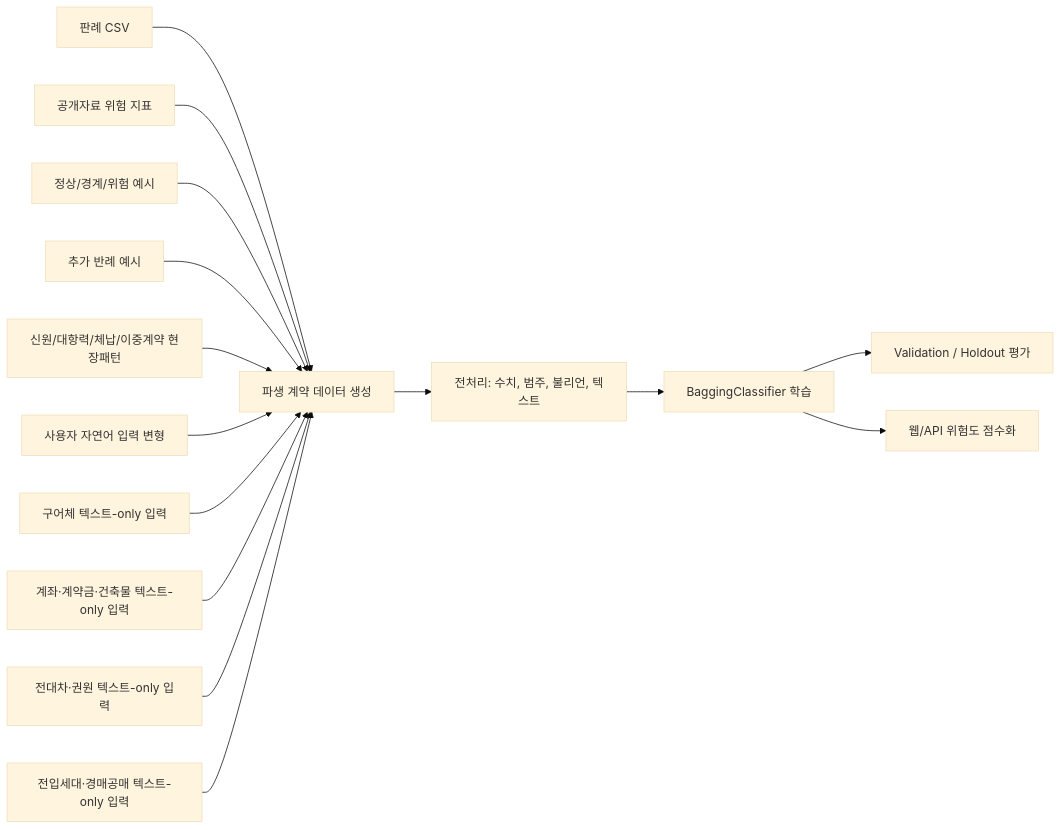
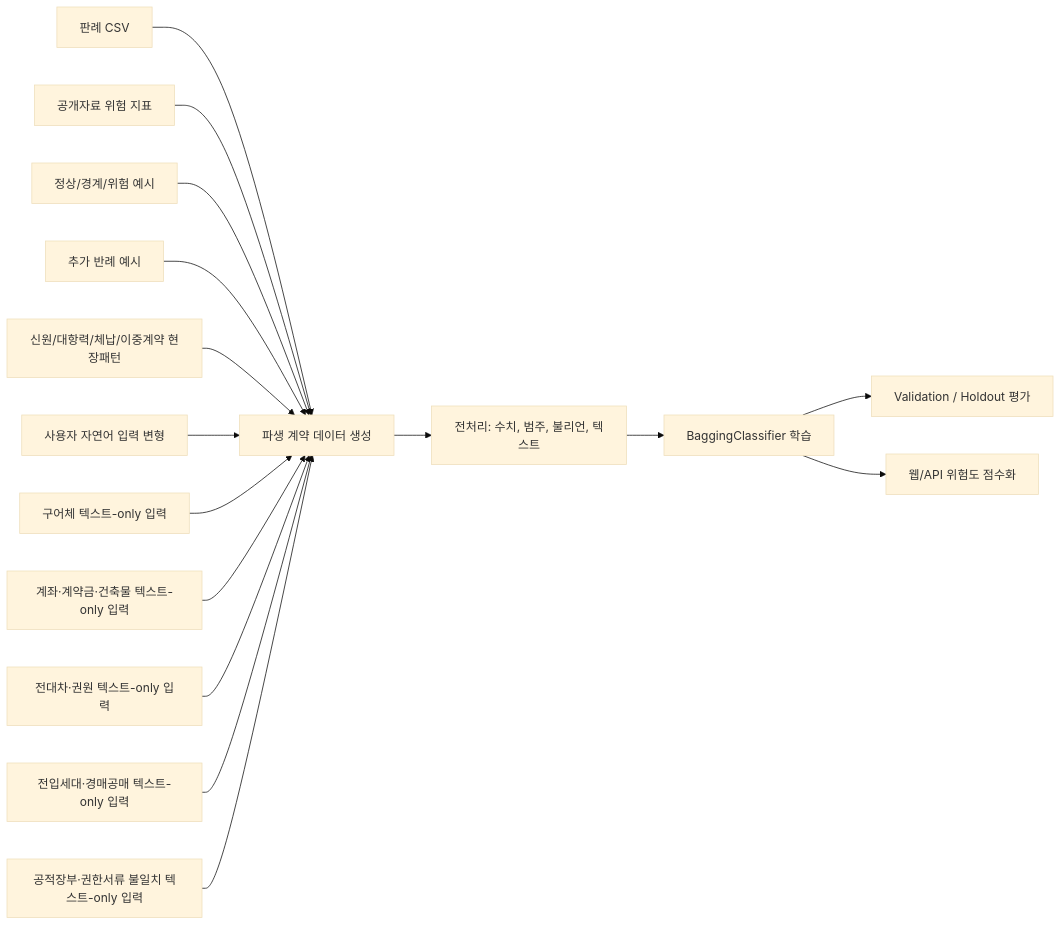
Before and after one commit to bssm-oss/legallearn: the diagram in README.md, drawn with Mermaid (base theme). The commit also changed other lines of this file and 6 other files, not shown here.

````diff
--- a/README.md
+++ b/README.md
@@ -161,17 +161,18 @@
 ```mermaid
 flowchart LR
   A["판례 CSV"] --> D["파생 계약 데이터 생성"]
   B["공개자료 위험 지표"] --> D
   C["정상/경계/위험 예시"] --> D
   I["추가 반례 예시"] --> D
   J["신원/대항력/체납/이중계약 현장패턴"] --> D
   K["사용자 자연어 입력 변형"] --> D
   L["구어체 텍스트-only 입력"] --> D
   M["계좌·계약금·건축물 텍스트-only 입력"] --> D
   N["전대차·권원 텍스트-only 입력"] --> D
   O["전입세대·경매공매 텍스트-only 입력"] --> D
+  P["공적장부·권한서류 불일치 텍스트-only 입력"] --> D
   D --> E["전처리: 수치, 범주, 불리언, 텍스트"]
   E --> F["BaggingClassifier 학습"]
   F --> G["Validation / Holdout 평가"]
   F --> H["웹/API 위험도 점수화"]
 ```
````
